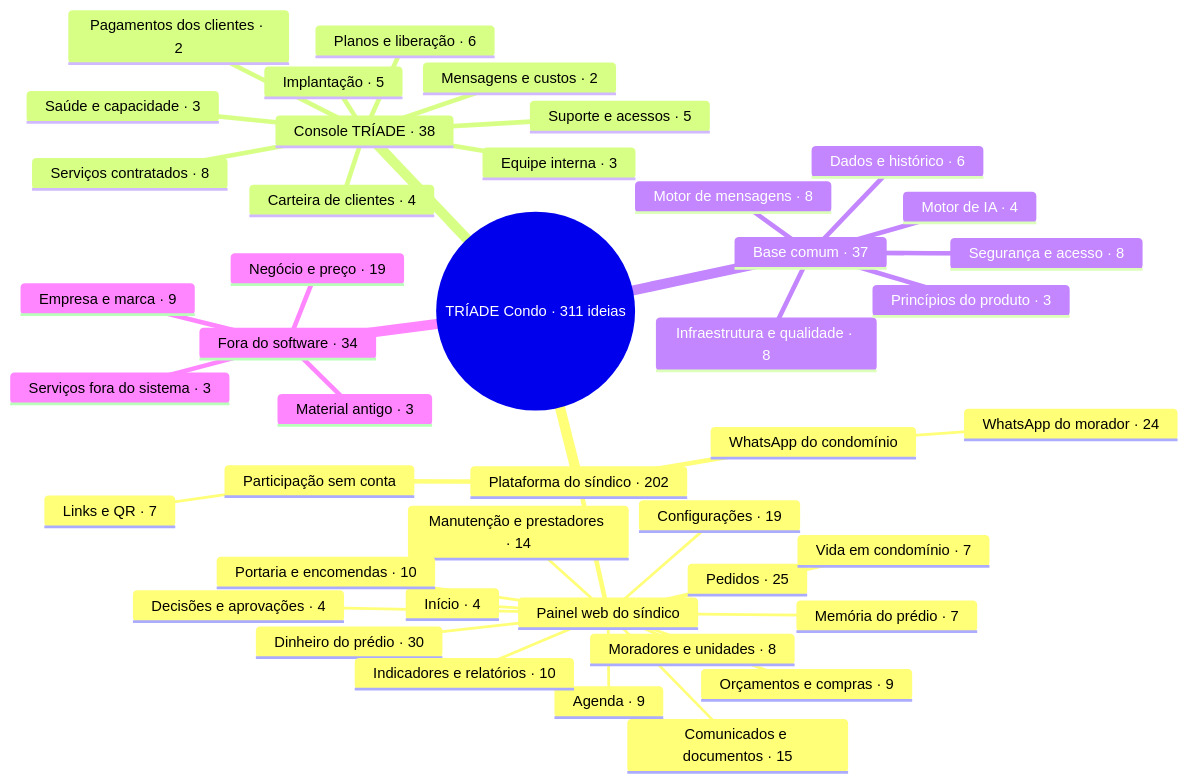
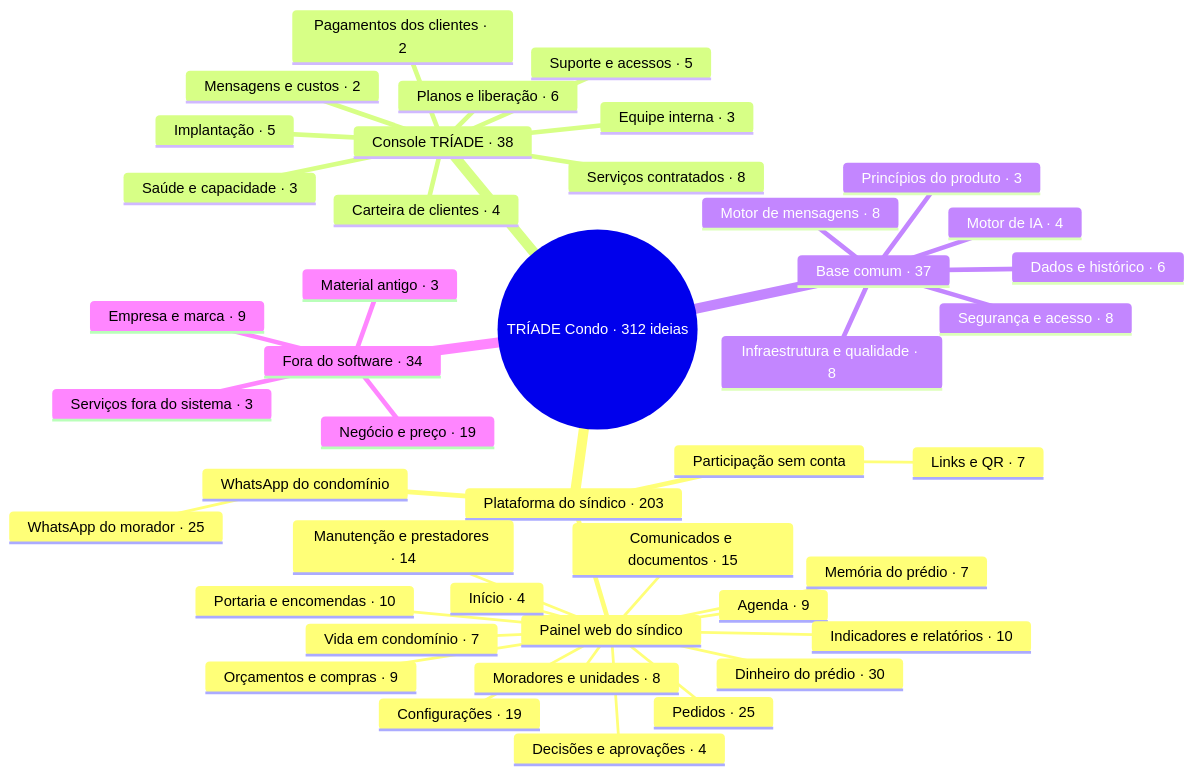
One commit to triade-prog/triade-condo changed the diagram in triade-condo/MAPA.md. Above: the diagram before and after it, drawn with Mermaid. The commit also changed other lines of this file and 5 other files, not shown here.

First line of the commit message:
Nina, a assistente virtual (W-22), nos textos do WhatsApp

````diff
--- a/triade-condo/MAPA.md
+++ b/triade-condo/MAPA.md
@@ -20,46 +20,46 @@
 ```mermaid
 mindmap
-  root((TRÍADE Condo · 311 ideias))
-    Plataforma do síndico · 202
+  root((TRÍADE Condo · 312 ideias))
+    Plataforma do síndico · 203
       Painel web do síndico
         Início · 4
         Pedidos · 25
         Decisões e aprovações · 4
         Moradores e unidades · 8
         Comunicados e documentos · 15
         Manutenção e prestadores · 14
         Agenda · 9
         Orçamentos e compras · 9
         Dinheiro do prédio · 30
         Portaria e encomendas · 10
         Vida em condomínio · 7
         Indicadores e relatórios · 10
         Memória do prédio · 7
         Configurações · 19
       WhatsApp do condomínio
-        WhatsApp do morador · 24
+        WhatsApp do morador · 25
       Participação sem conta
         Links e QR · 7
     Console TRÍADE · 38
       Carteira de clientes · 4
       Implantação · 5
       Planos e liberação · 6
       Pagamentos dos clientes · 2
       Suporte e acessos · 5
       Serviços contratados · 8
       Equipe interna · 3
       Saúde e capacidade · 3
       Mensagens e custos · 2
     Base comum · 37
       Segurança e acesso · 8
       Dados e histórico · 6
       Motor de mensagens · 8
       Infraestrutura e qualidade · 8
       Princípios do produto · 3
       Motor de IA · 4
     Fora do software · 34
       Serviços fora do sistema · 3
       Negócio e preço · 19
       Empresa e marca · 9
       Material antigo · 3
 ```
````
